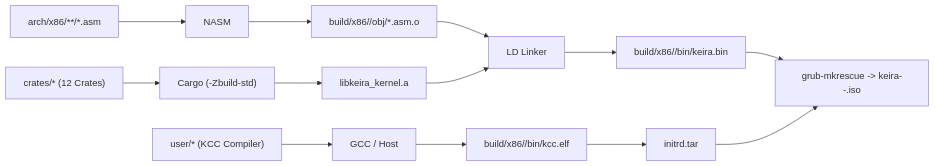
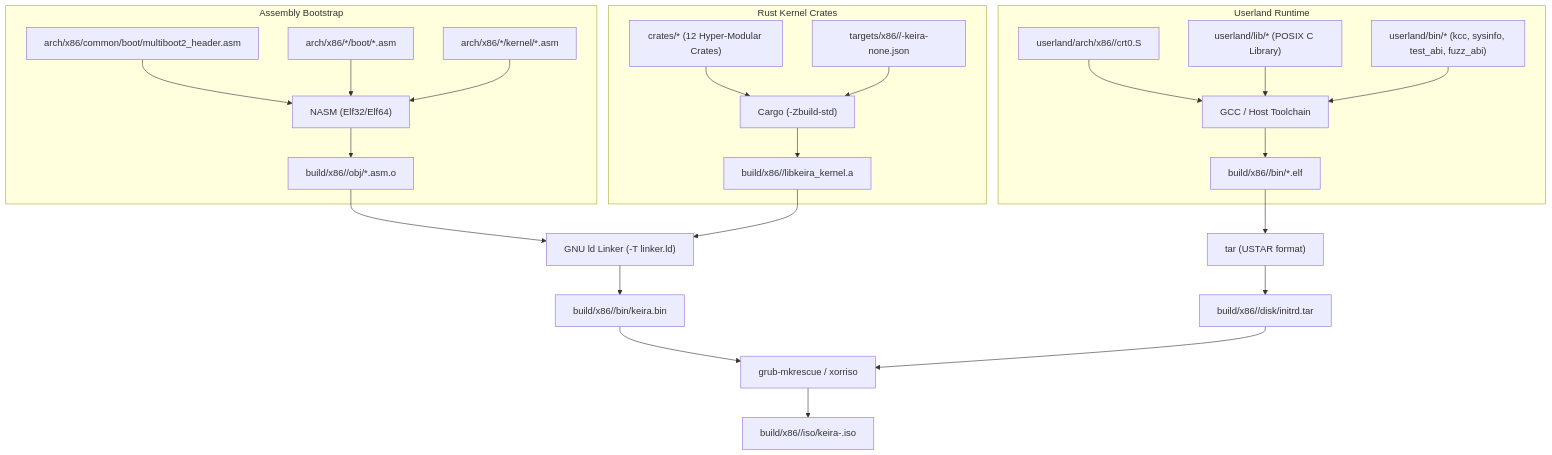
The diagram in docs/contributing/guides/build.md (mrvlous/keira), drawn with Mermaid before and after one commit. The commit also changed other lines of this file and 13 other files, not shown here.

````diff
--- a/docs/contributing/guides/build.md
+++ b/docs/contributing/guides/build.md
@@ -11,11 +11,33 @@
 ```mermaid
-graph LR
-    ASM["arch/x86/**/*.asm"] --> NASM["NASM"] --> Obj["build/x86/<arch>/obj/*.asm.o"]
-    Rust["crates/* (12 Crates)"] --> Cargo["Cargo (-Zbuild-std)"] --> Lib["libkeira_kernel.a"]
-    Obj --> LD["LD Linker"]
-    Lib --> LD
-    CUser["user/* (KCC Compiler)"] --> GCC["GCC / Host"] --> KCCObj["build/x86/<arch>/bin/kcc.elf"]
-    LD --> Bin["build/x86/<arch>/bin/keira.bin"]
-    Bin --> ISO["grub-mkrescue -> keira-<arch>-<date>.iso"]
-    KCCObj --> Initrd["initrd.tar"] --> ISO
+graph TD
+    subgraph Assembly Bootstrap
+        ASM_HDR["arch/x86/common/boot/multiboot2_header.asm"] --> NASM["NASM (Elf32/Elf64)"]
+        ASM_BOOT["arch/x86/*/boot/*.asm"] --> NASM
+        ASM_ISR["arch/x86/*/kernel/*.asm"] --> NASM
+        NASM --> ASM_OBJ["build/x86/<arch>/obj/*.asm.o"]
+    end
+
+    subgraph Rust Kernel Crates
+        RUST_CRATES["crates/* (12 Hyper-Modular Crates)"] --> CARGO["Cargo (-Zbuild-std)"]
+        TARGET_SPEC["targets/x86/<arch>/<arch>-keira-none.json"] --> CARGO
+        CARGO --> KERNEL_LIB["build/x86/<arch>/libkeira_kernel.a"]
+    end
+
+    subgraph Userland Runtime
+        USER_ARCH["userland/arch/x86/<arch>/crt0.S"] --> USER_CC["GCC / Host Toolchain"]
+        USER_LIBC["userland/lib/* (POSIX C Library)"] --> USER_CC
+        USER_BIN["userland/bin/* (kcc, sysinfo, test_abi, fuzz_abi)"] --> USER_CC
+        USER_CC --> USER_ELFS["build/x86/<arch>/bin/*.elf"]
+    end
+
+    ASM_OBJ --> LINKER["GNU ld Linker (-T linker.ld)"]
+    KERNEL_LIB --> LINKER
+    LINKER --> KERNEL_ELF["build/x86/<arch>/bin/keira.bin"]
+
+    USER_ELFS --> TAR["tar (USTAR format)"]
+    TAR --> INITRD["build/x86/<arch>/disk/initrd.tar"]
+
+    KERNEL_ELF --> GRUB["grub-mkrescue / xorriso"]
+    INITRD --> GRUB
+    GRUB --> ISO["build/x86/<arch>/iso/keira-<arch>.iso"]
 ```
````
